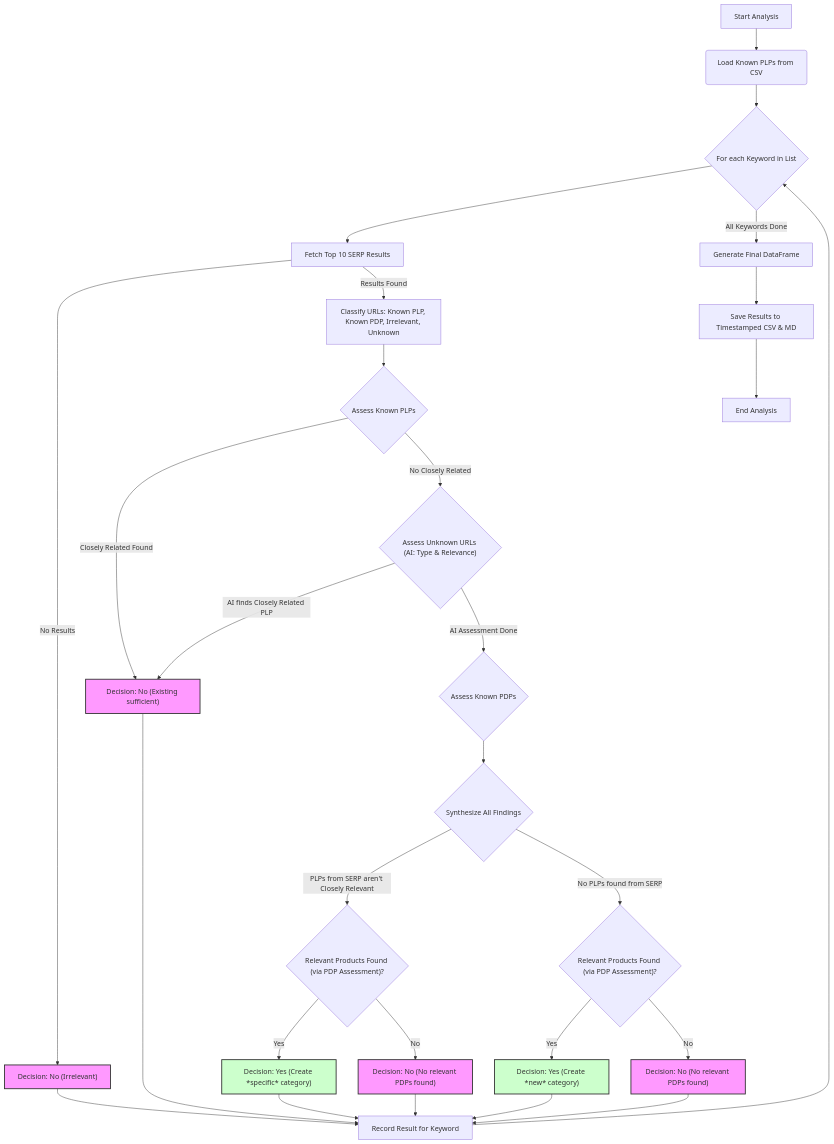
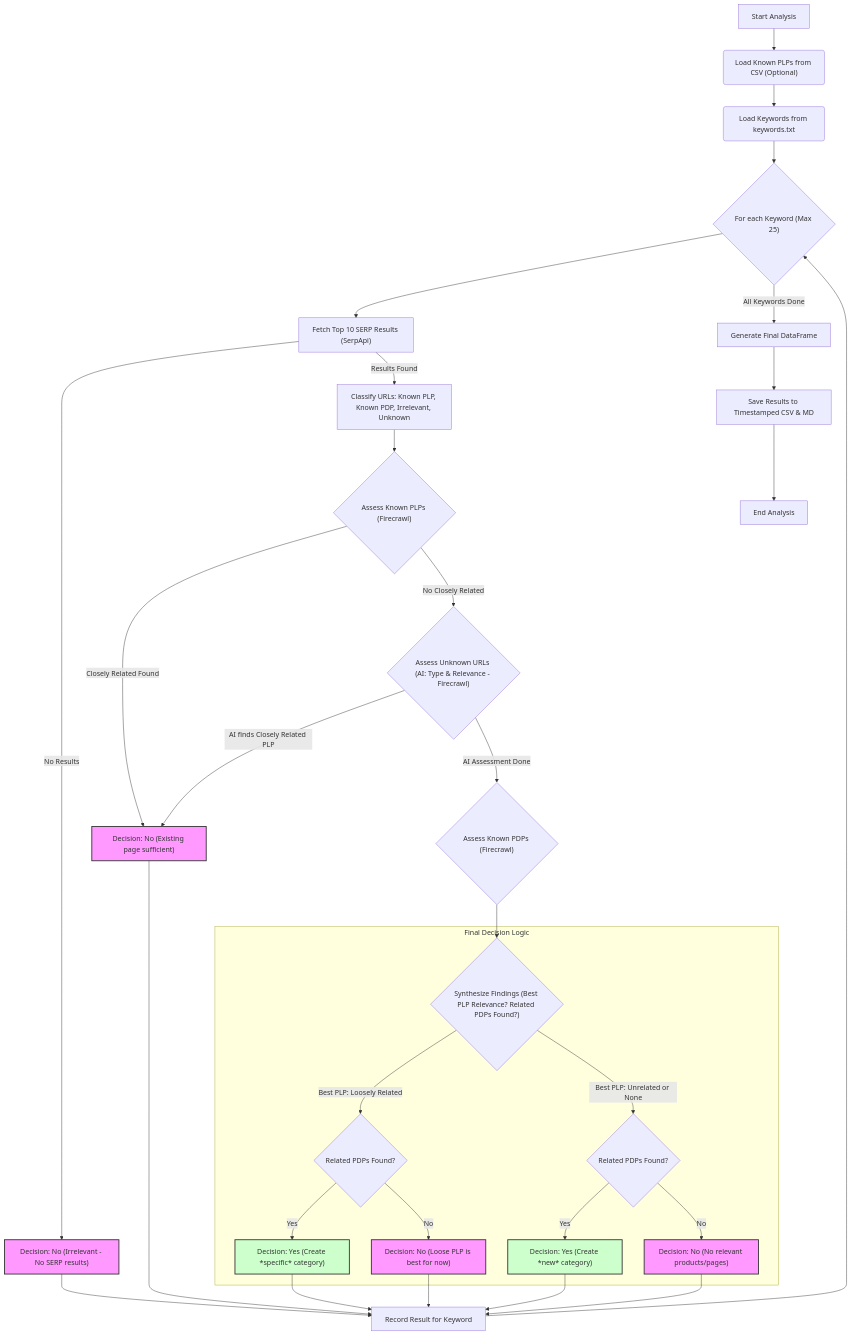
One commit to DarrenHuangTW/ia-expansion-v3 changed the diagram in README.md. Above: the diagram before and after it, drawn with Mermaid. The commit also changed other lines of this file and 4 other files, not shown here.

````diff
--- a/README.md
+++ b/README.md
@@ -49,39 +52,43 @@
 ```mermaid
 graph TD
-    A["Start Analysis"] --> B("Load Known PLPs from CSV")
-    B --> C{"For each Keyword in List"}
-    C --> D["Fetch Top 10 SERP Results"]
-    D -- "No Results" --> E["Decision: No (Irrelevant)"]
-    D -- "Results Found" --> F["Classify URLs: Known PLP, Known PDP, Irrelevant, Unknown"]
-    F --> G{"Assess Known PLPs"}
-    G -- "Closely Related Found" --> H["Decision: No (Existing sufficient)"]
-    G -- "No Closely Related" --> I{"Assess Unknown URLs (AI: Type & Relevance)"}
-    I -- "AI finds Closely Related PLP" --> H
-    I -- "AI Assessment Done" --> J{"Assess Known PDPs"}
-    J --> K{"Synthesize All Findings"}
+    A["Start Analysis"] --> B("Load Known PLPs from CSV (Optional)")
+    B --> C("Load Keywords from keywords.txt")
+    C --> D{"For each Keyword (Max 25)"}
+    D --> E["Fetch Top 10 SERP Results (SerpApi)"]
+    E -- "No Results" --> F["Decision: No (Irrelevant - No SERP results)"]
+    E -- "Results Found" --> G["Classify URLs: Known PLP, Known PDP, Irrelevant, Unknown"]
+    G --> H{"Assess Known PLPs (Firecrawl)"}
+    H -- "Closely Related Found" --> I["Decision: No (Existing page sufficient)"]
+    H -- "No Closely Related" --> J{"Assess Unknown URLs (AI: Type & Relevance - Firecrawl)"}
+    J -- "AI finds Closely Related PLP" --> I
+    J -- "AI Assessment Done" --> K{"Assess Known PDPs (Firecrawl)"}
+    K --> L{"Synthesize Findings (Best PLP Relevance? Related PDPs Found?)"}
 
-    K -- "PLPs from SERP aren't Closely Relevant" --> L{"Relevant Products Found (via PDP Assessment)?"}
-    L -- "Yes" --> M["Decision: Yes (Create *specific* category)"]
-    L -- "No" --> N["Decision: No (No relevant PDPs found)"]
-    K -- "No PLPs found from SERP" --> O{"Relevant Products Found (via PDP Assessment)?"}
-    O -- "Yes" --> P["Decision: Yes (Create *new* category)"]
-    O -- "No" --> Q["Decision: No (No relevant PDPs found)"]
+    subgraph "Final Decision Logic"
+        L -- "Best PLP: Loosely Related" --> M{"Related PDPs Found?"}
+        M -- "Yes" --> N["Decision: Yes (Create *specific* category)"]
+        M -- "No" --> O["Decision: No (Loose PLP is best for now)"]
 
-    E --> Z["Record Result for Keyword"]
-    H --> Z
-    M --> Z
+        L -- "Best PLP: Unrelated or None" --> P{"Related PDPs Found?"}
+        P -- "Yes" --> Q["Decision: Yes (Create *new* category)"]
+        P -- "No" --> R["Decision: No (No relevant products/pages)"]
+    end
+
+    F --> Z["Record Result for Keyword"]
+    I --> Z
     N --> Z
-    P --> Z
+    O --> Z
     Q --> Z
-    Z --> C
-    C -- "All Keywords Done" --> R["Generate Final DataFrame"]
-    R --> S["Save Results to Timestamped CSV & MD"]
-    S --> T["End Analysis"]
+    R --> Z
+    Z --> D
+    D -- "All Keywords Done" --> S["Generate Final DataFrame"]
+    S --> T["Save Results to Timestamped CSV & MD"]
+    T --> U["End Analysis"]
 
-    style E fill:#f9f,stroke:#333,stroke-width:2px
-    style H fill:#f9f,stroke:#333,stroke-width:2px
-    style M fill:#cfc,stroke:#333,stroke-width:2px
-    style N fill:#f9f,stroke:#333,stroke-width:2px
-    style P fill:#cfc,stroke:#333,stroke-width:2px
-    style Q fill:#f9f,stroke:#333,stroke-width:2px
+    style F fill:#f9f,stroke:#333,stroke-width:2px
+    style I fill:#f9f,stroke:#333,stroke-width:2px
+    style N fill:#cfc,stroke:#333,stroke-width:2px
+    style O fill:#f9f,stroke:#333,stroke-width:2px
+    style Q fill:#cfc,stroke:#333,stroke-width:2px
+    style R fill:#f9f,stroke:#333,stroke-width:2px
 ```
````
